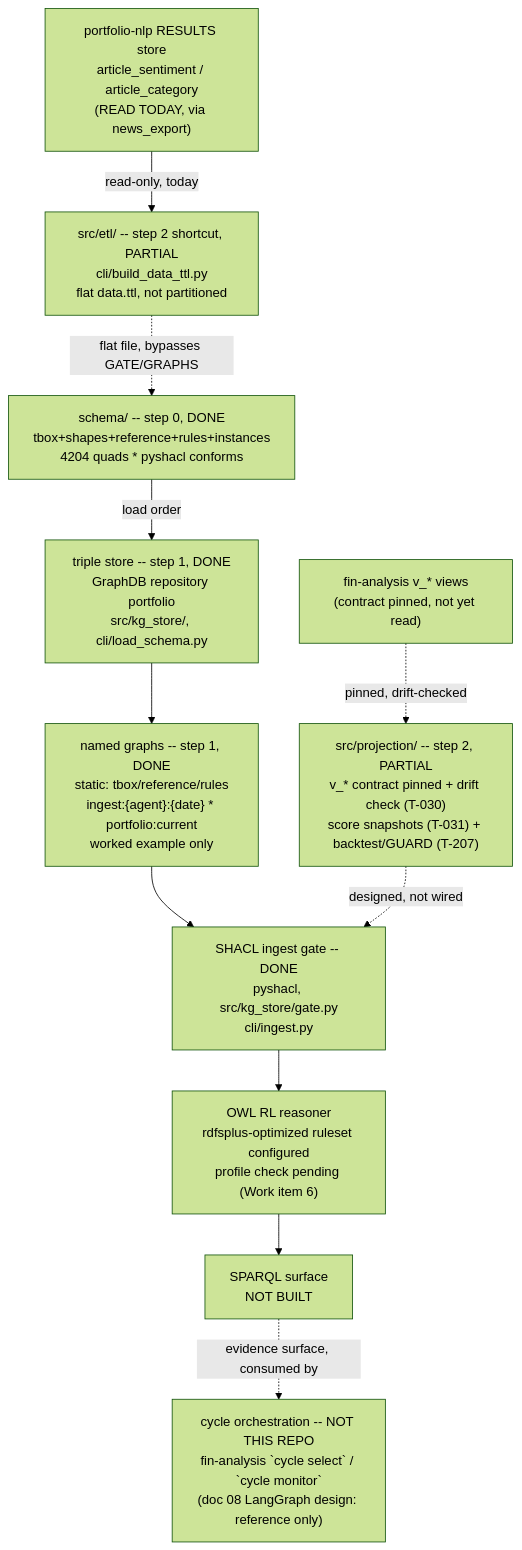
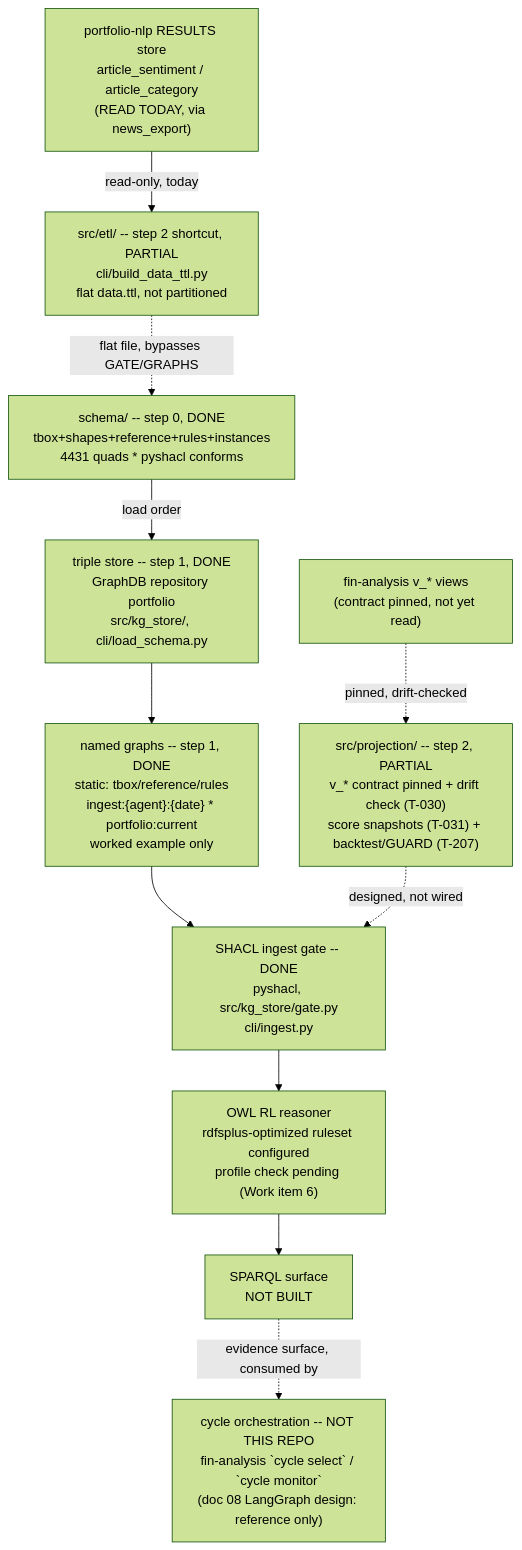
Before and after one commit to gamug/portfolio-knowledge-graph: the diagram in .specify/memory/SPEC.md, drawn with Mermaid (forest theme). The commit also changed other lines of this file and 28 other files, not shown here.

````diff
--- a/.specify/memory/SPEC.md
+++ b/.specify/memory/SPEC.md
@@ -906,22 +924,22 @@
 ```mermaid
 flowchart TB
-    SCHEMA["schema/ -- step 0, DONE<br/>tbox+shapes+reference+rules+instances<br/>4204 quads * pyshacl conforms"]
+    SCHEMA["schema/ -- step 0, DONE<br/>tbox+shapes+reference+rules+instances<br/>4431 quads * pyshacl conforms"]
     STORE["triple store -- step 1, DONE<br/>GraphDB repository portfolio<br/>src/kg_store/, cli/load_schema.py"]
     GRAPHS["named graphs -- step 1, DONE<br/>static: tbox/reference/rules<br/>ingest:{agent}:{date} * portfolio:current<br/>worked example only"]
     GATE["SHACL ingest gate -- DONE<br/>pyshacl, src/kg_store/gate.py<br/>cli/ingest.py"]
     PROJ["src/projection/ -- step 2, PARTIAL<br/>v_* contract pinned + drift check (T-030)<br/>score snapshots (T-031) + backtest/GUARD (T-207)"]
     FIN["fin-analysis v_* views<br/>(contract pinned, not yet read)"]
     NLPRES["portfolio-nlp RESULTS store<br/>article_sentiment / article_category<br/>(READ TODAY, via news_export)"]
     ETL["src/etl/ -- step 2 shortcut, PARTIAL<br/>cli/build_data_ttl.py<br/>flat data.ttl, not partitioned"]
     REASON["OWL RL reasoner<br/>rdfsplus-optimized ruleset configured<br/>profile check pending (Work item 6)"]
     SPARQL["SPARQL surface<br/>NOT BUILT"]
     AGENTS["cycle orchestration -- NOT THIS REPO<br/>fin-analysis `cycle select` / `cycle monitor`<br/>(doc 08 LangGraph design: reference only)"]
 
     SCHEMA -->|load order| STORE --> GRAPHS --> GATE
     FIN -.->|pinned, drift-checked| PROJ
     PROJ -.->|designed, not wired| GATE
     NLPRES -->|read-only, today| ETL
     ETL -.->|flat file, bypasses GATE/GRAPHS| SCHEMA
     GATE --> REASON --> SPARQL
     SPARQL -.->|evidence surface, consumed by| AGENTS
 ```
````
